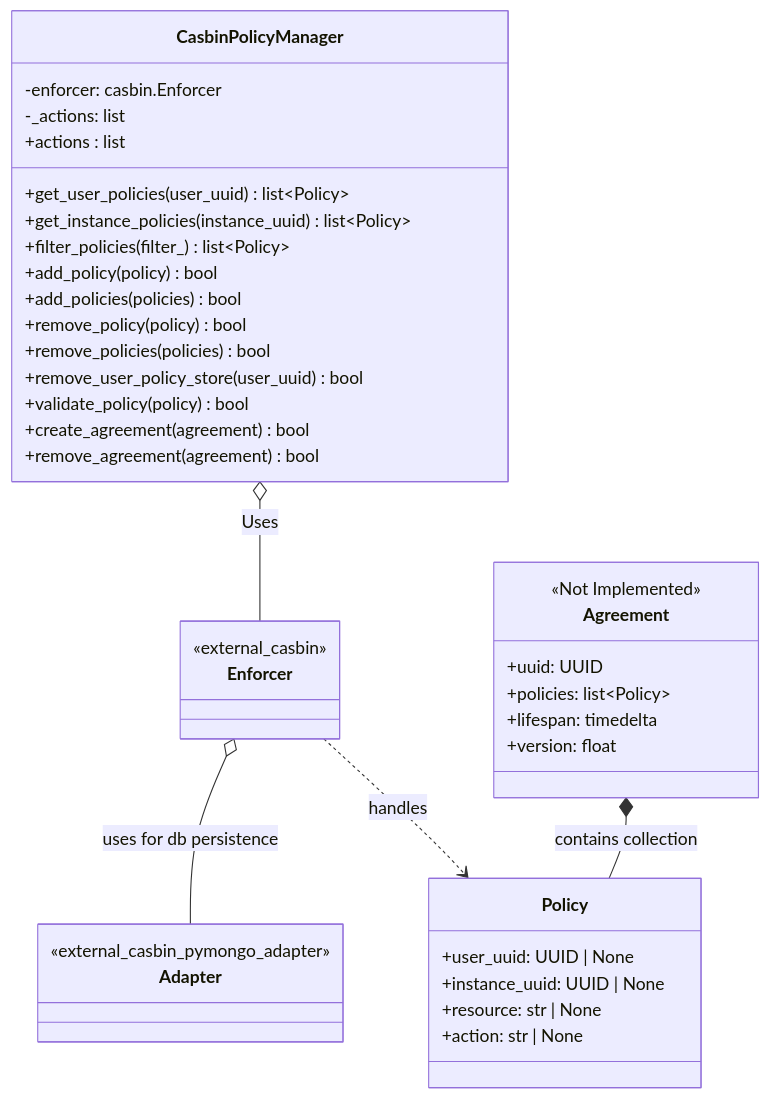
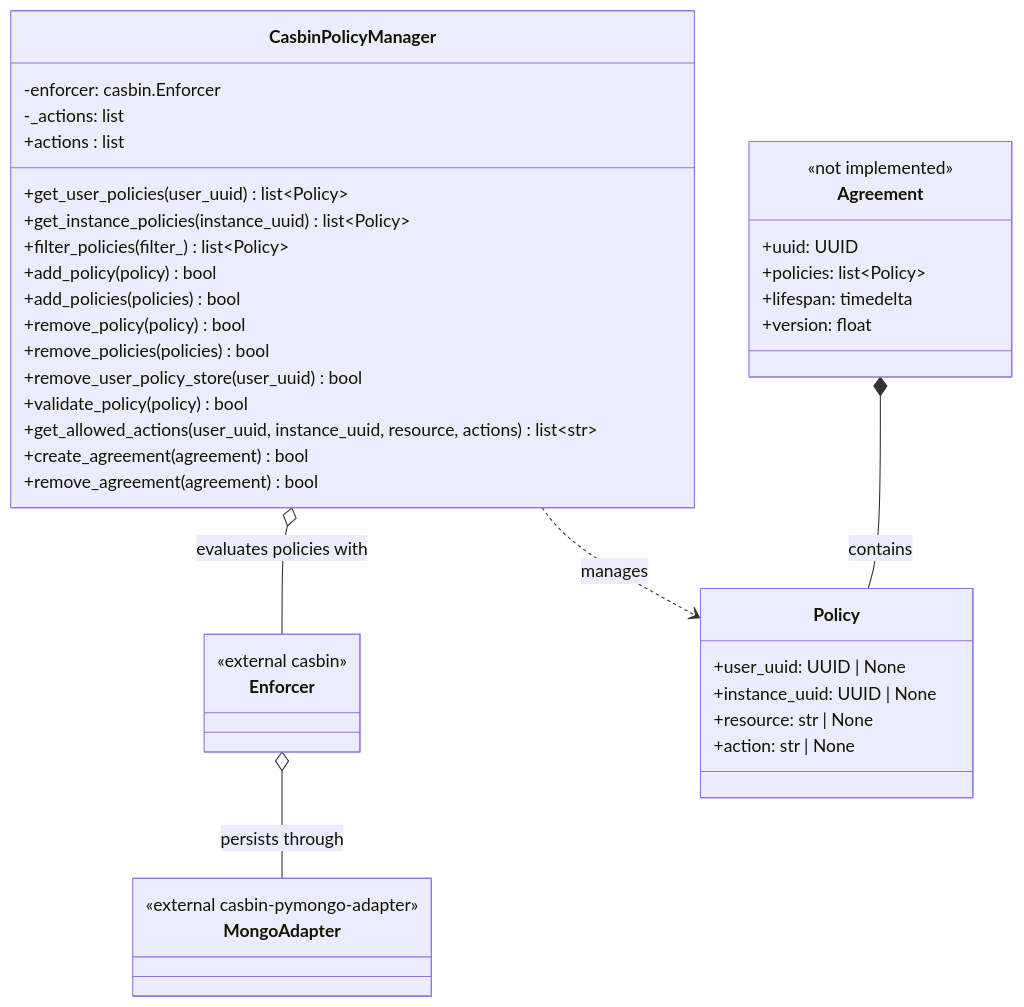
Before and after one commit to pmahon3/Data-Portal: the fourth of 5 diagrams in docs/diagrams/class-services.md, drawn with Mermaid. The commit also changed other lines of this file and 33 other files, not shown here.

````diff
--- a/docs/diagrams/class-services.md
+++ b/docs/diagrams/class-services.md
@@ -165,47 +196,48 @@
 ```mermaid
 classDiagram
     class CasbinPolicyManager {
         -enforcer: casbin.Enforcer
         -_actions: list
         +actions : list
         +get_user_policies(user_uuid) list~Policy~
         +get_instance_policies(instance_uuid) list~Policy~
         +filter_policies(filter_) list~Policy~
         +add_policy(policy) bool
         +add_policies(policies) bool
         +remove_policy(policy) bool
         +remove_policies(policies) bool
         +remove_user_policy_store(user_uuid) bool
         +validate_policy(policy) bool
+        +get_allowed_actions(user_uuid, instance_uuid, resource, actions) list~str~
         +create_agreement(agreement) bool
         +remove_agreement(agreement) bool
     }
 
     class Policy {
         +user_uuid: UUID | None
         +instance_uuid: UUID | None
         +resource: str | None
         +action: str | None
     }
 
-    class Agreement:::grayedOut {
-        <<Not Implemented>>
+    class Agreement {
+        <<not implemented>>
         +uuid: UUID
         +policies: list~Policy~
         +lifespan: timedelta
         +version: float
     }
 
     class Enforcer {
-        <<external_casbin>>
+        <<external casbin>>
     }
 
-    class Adapter {
-        <<external_casbin_pymongo_adapter>>
+    class MongoAdapter {
+        <<external casbin-pymongo-adapter>>
     }
 
-    CasbinPolicyManager o-- Enforcer : Uses
-    Enforcer o-- Adapter : uses for db persistence
-    Enforcer ..> Policy : handles
-    Agreement *-- Policy : contains collection
+    CasbinPolicyManager o-- Enforcer : evaluates policies with
+    Enforcer o-- MongoAdapter : persists through
+    CasbinPolicyManager ..> Policy : manages
+    Agreement *-- Policy : contains
 ```
````
